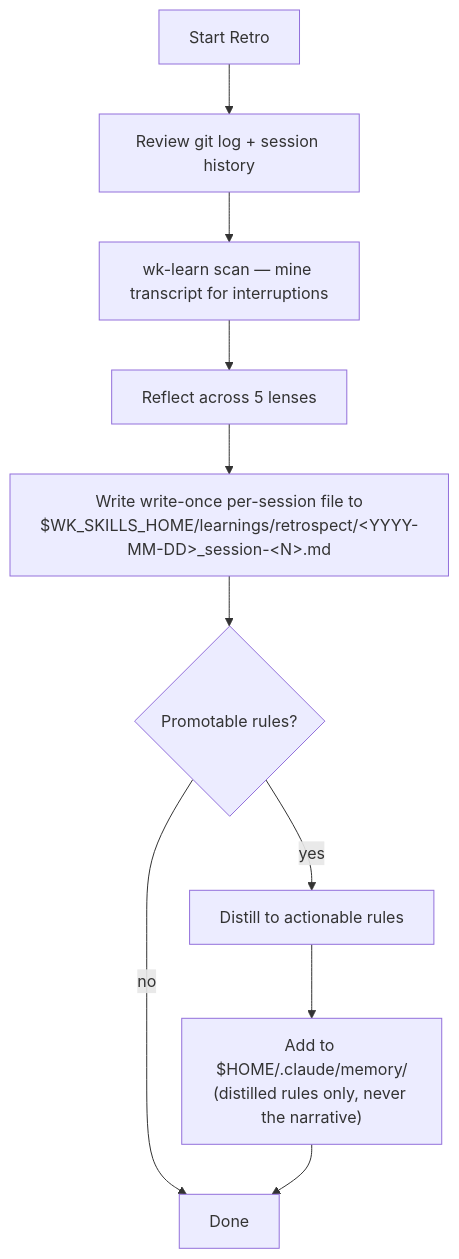
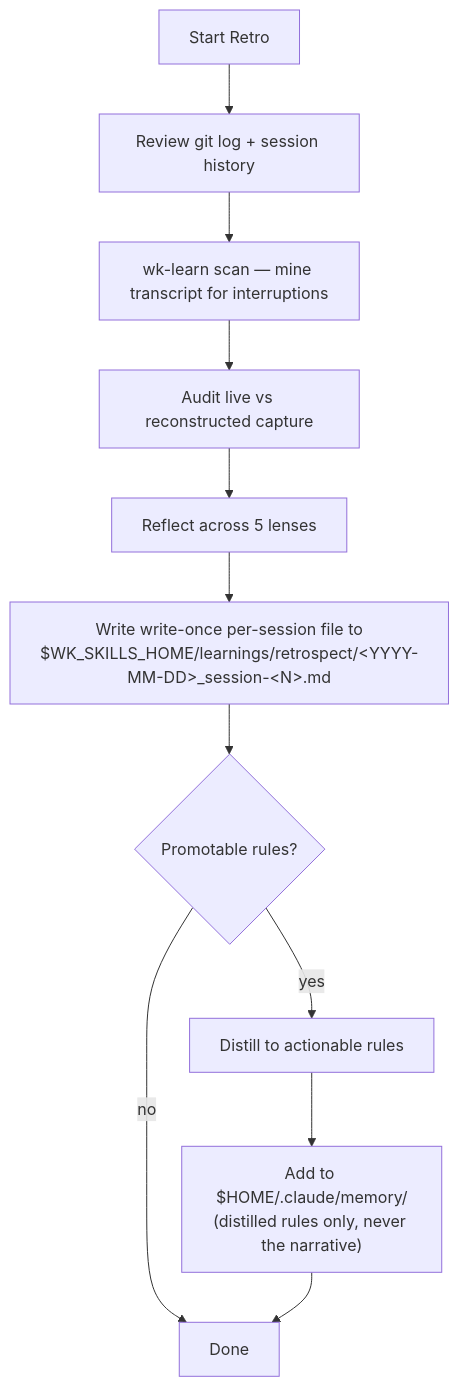
One commit to whizzzkid/skills changed the diagram in skills/retro/README.md. Above: the diagram before and after it, drawn with Mermaid. The commit also changed other lines of this file and 9 other files, not shown here.

First line of the commit message:
fix(retro): 🧭 audit live learning capture

````diff
--- a/skills/retro/README.md
+++ b/skills/retro/README.md
@@ -16,13 +16,14 @@
 ```mermaid
 flowchart TD
     A[Start Retro] --> B[Review git log + session history]
     B --> C[wk-learn scan — mine transcript for interruptions]
-    C --> D[Reflect across 5 lenses]
+    C --> C2[Audit live vs reconstructed capture]
+    C2 --> D[Reflect across 5 lenses]
     D --> E["Write write-once per-session file to<br/>$WK_SKILLS_HOME/learnings/retrospect/&lt;YYYY-MM-DD&gt;_session-&lt;N&gt;.md"]
     E --> F{Promotable rules?}
     F -->|yes| G[Distill to actionable rules]
     G --> H["Add to $HOME/.claude/memory/<br/>(distilled rules only, never the narrative)"]
     F -->|no| I[Done]
     H --> I
     click C href "https://github.com/whizzzkid/skills/blob/main/skills/learn/README.md" _blank
 ```
````
